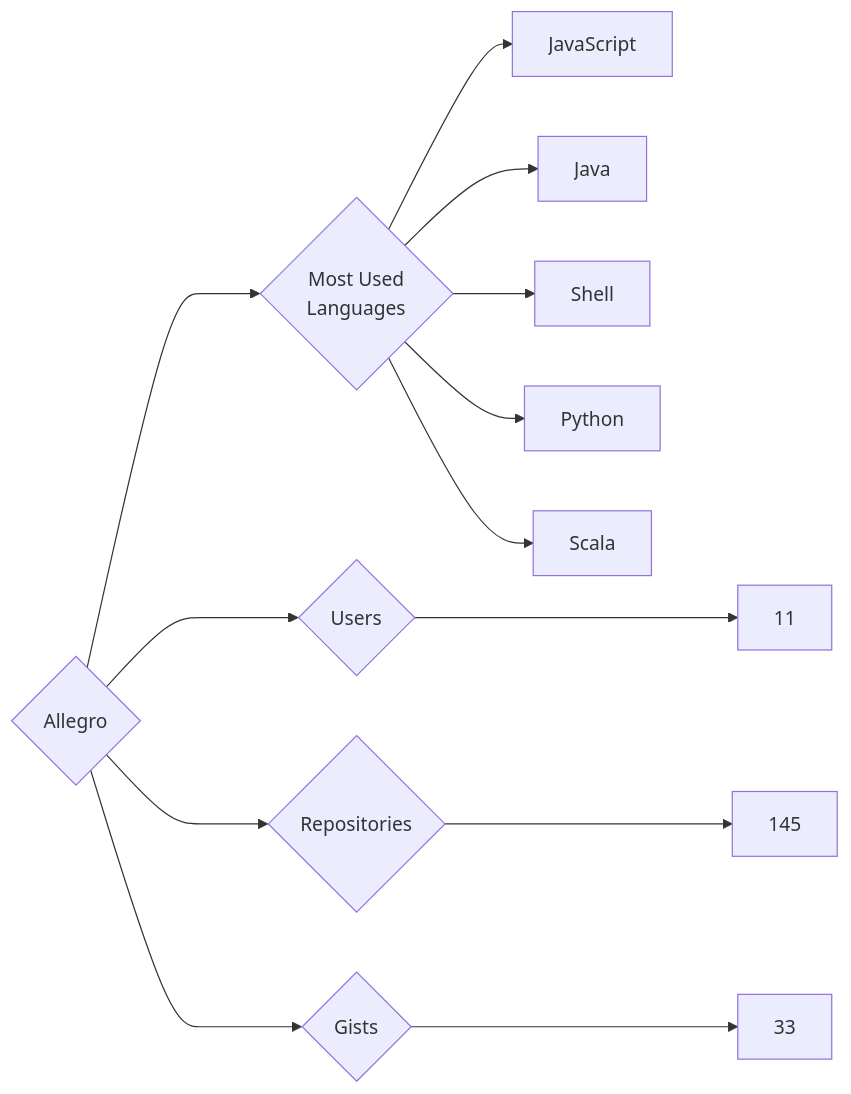
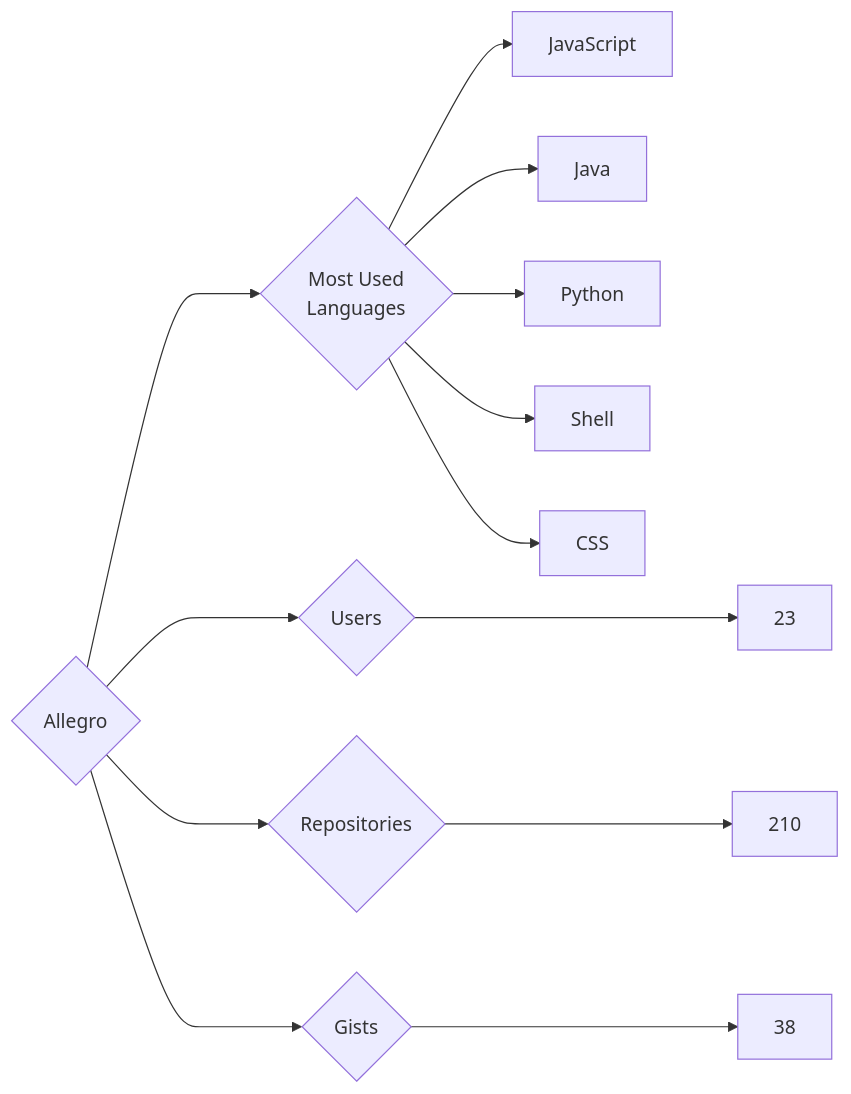
Before and after one commit to trickest/insiders: the diagram in targets/Allegro/README.md, drawn with Mermaid. The commit also changed 924 other files, not shown here.

````diff
--- a/targets/Allegro/README.md
+++ b/targets/Allegro/README.md
@@ -3,13 +3,13 @@
 ```mermaid
 graph LR
 COMPANY_NAME{Allegro}
-COMPANY_NAME ---> U{Users} ---> UN[11]
-COMPANY_NAME ---> R{Repositories} ---> RN[145]
-COMPANY_NAME ---> G{Gists} ---> GN[33]
+COMPANY_NAME ---> U{Users} ---> UN[23]
+COMPANY_NAME ---> R{Repositories} ---> RN[210]
+COMPANY_NAME ---> G{Gists} ---> GN[38]
 COMPANY_NAME ---> ML{Most Used<br>Languages}
 ML --> JavaScript[JavaScript]
 ML --> Java[Java]
+ML --> Python[Python]
 ML --> Shell[Shell]
-ML --> Python[Python]
-ML --> Scala[Scala]
+ML --> CSS[CSS]
 ```
````
